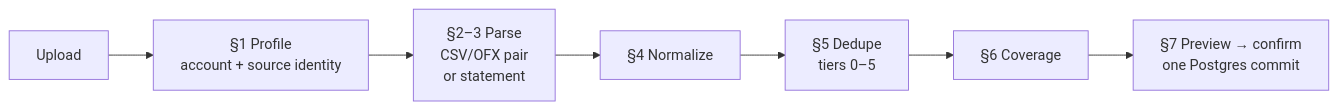
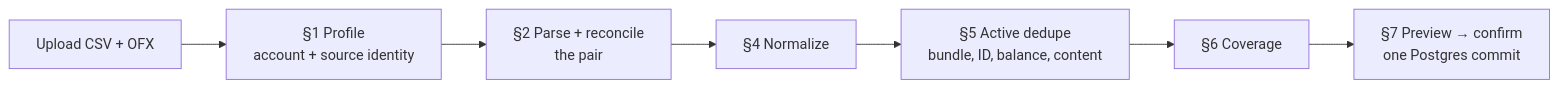
The second of 5 diagrams in docs/technical/08-money.mdx (AdiRishi/ironcage), drawn with Mermaid before and after one commit. The commit also changed other lines of this file and 60 other files, not shown here.

````diff
--- a/docs/technical/08-money.mdx
+++ b/docs/technical/08-money.mdx
@@ -51,4 +55,4 @@
 ```mermaid
 flowchart LR
-    U["Upload"] --> S1["§1 Profile<br/>account + source identity"] --> S2["§2–3 Parse<br/>CSV/OFX pair<br/>or statement"] --> S4["§4 Normalize"] --> S5["§5 Dedupe<br/>tiers 0–5"] --> S6["§6 Coverage"] --> S7["§7 Preview → confirm<br/>one Postgres commit"]
+    U["Upload CSV + OFX"] --> S1["§1 Profile<br/>account + source identity"] --> S2["§2 Parse + reconcile<br/>the pair"] --> S4["§4 Normalize"] --> S5["§5 Active dedupe<br/>bundle, ID, balance, content"] --> S6["§6 Coverage"] --> S7["§7 Preview → confirm<br/>one Postgres commit"]
 ```
````
